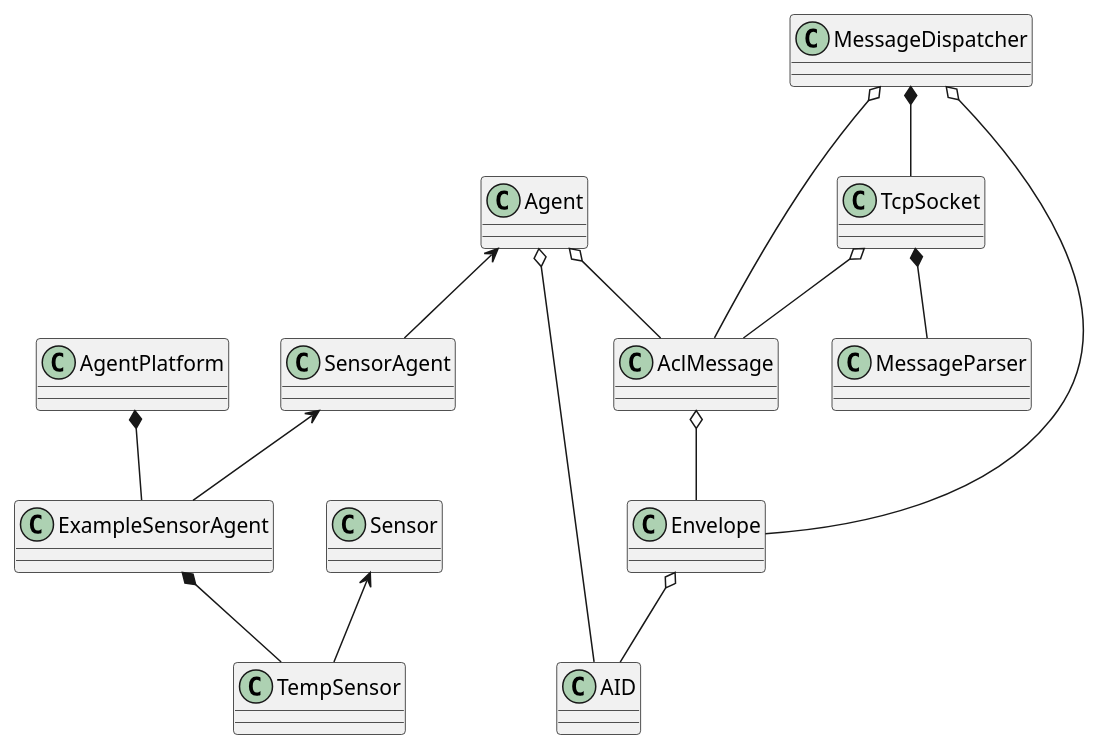
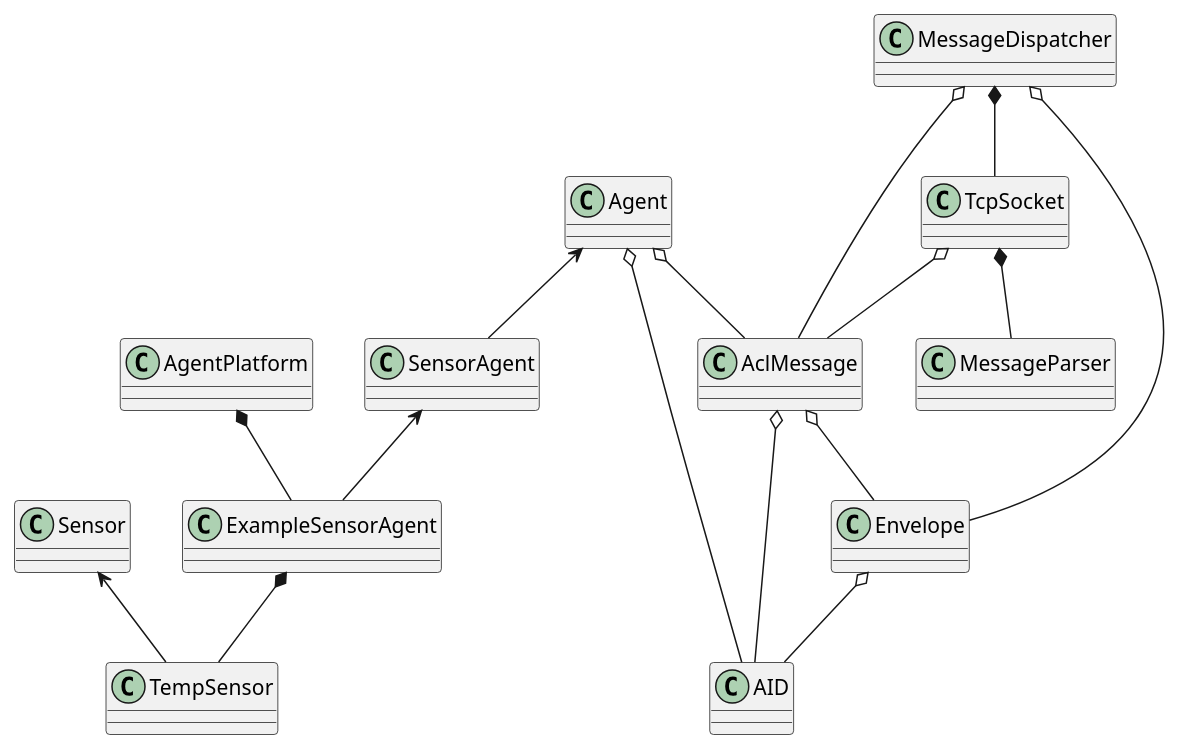
Before and after one commit to MSDA-LifeCycleAgents/mlaf-arduino: the diagram in Classdiagram.plantuml, drawn with PlantUML.

Commit message:
Added missing connection in plantuml
AclMessage has AID member

```diff
--- a/Classdiagram.plantuml
+++ b/Classdiagram.plantuml
@@ -1,37 +1,38 @@
-@startuml Class Diagram
+@startuml
 class AgentPlatform
 
 class Agent
 class SensorAgent
 class ExampleSensorAgent
 
 class AID
 class Envelope
-class AclMessage
+Class AclMessage
 
 class MessageDispatcher
 class MessageParser
 
 class Sensor
 class TempSensor
 
 class TcpSocket
 
 Agent <-- SensorAgent
 Agent o-- AID
 Agent o-- AclMessage
 SensorAgent <-- ExampleSensorAgent
 AgentPlatform *-- ExampleSensorAgent
 ExampleSensorAgent *-- TempSensor
 
 MessageDispatcher *-- TcpSocket
 MessageDispatcher o-- Envelope
 MessageDispatcher o-- AclMessage
 AclMessage o-- Envelope
+AclMessage o-- AID
 Envelope o-- AID
 
 Sensor <-- TempSensor
 TcpSocket *-- MessageParser
 TcpSocket o-- AclMessage
 
 @enduml
```
